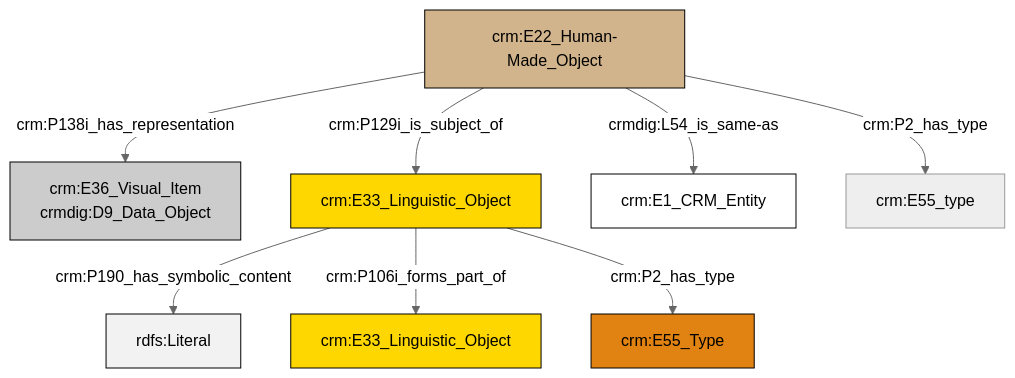
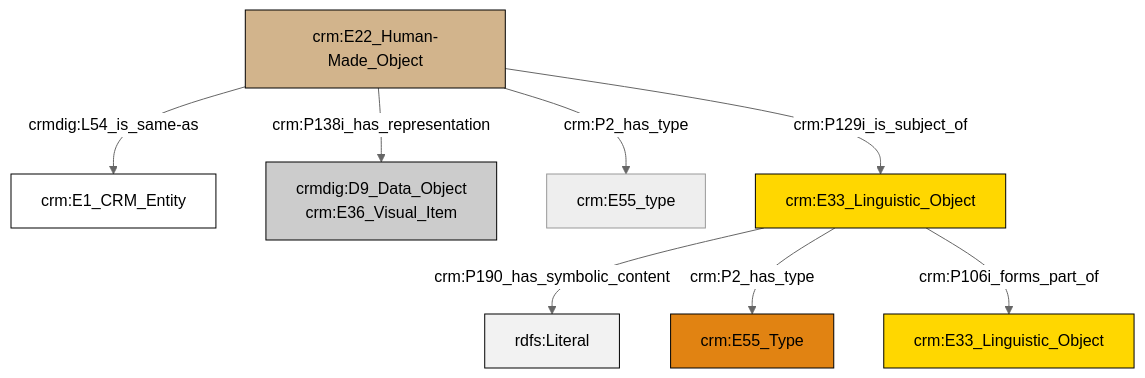
The diagram in et/artworkCSV/ttl/mmd/Artwork_Documentation.ttl.mmd (swiss-art-research-net/docs.swissartresearch), drawn with Mermaid (neutral theme) before and after one commit. The commit also changed 177 other files, not shown here.

```diff
--- a/et/artworkCSV/ttl/mmd/Artwork_Documentation.ttl.mmd
+++ b/et/artworkCSV/ttl/mmd/Artwork_Documentation.ttl.mmd
@@ -1,22 +1,22 @@
 graph TD
 classDef Literal fill:#f2f2f2,stroke:#000000;
 classDef CRM_Entity fill:#FFFFFF,stroke:#000000;
 classDef Temporal_Entity fill:#00C9E6, stroke:#000000;
 classDef Type fill:#E18312, stroke:#000000;
 classDef Time-Span fill:#2C9C91, stroke:#000000;
 classDef Appellation fill:#FFEB7F, stroke:#000000;
 classDef Place fill:#008836, stroke:#000000;
 classDef Persistent_Item fill:#B266B2, stroke:#000000;
 classDef Conceptual_Object fill:#FFD700, stroke:#000000;
 classDef Physical_Thing fill:#D2B48C, stroke:#000000;
 classDef Actor fill:#f58aad, stroke:#000000;
 classDef PC_Classes fill:#4ce600, stroke:#000000;
 classDef Multi fill:#cccccc,stroke:#000000;
 
-0["crm:E22_Human-Made_Object"]:::Physical_Thing -->|crm:P129i_is_subject_of| 4["crm:E33_Linguistic_Object"]:::Conceptual_Object
-0["crm:E22_Human-Made_Object"]:::Physical_Thing -->|crm:P138i_has_representation| 2["crm:E36_Visual_Item<br>crmdig:D9_Data_Object"]:::Multi
-4["crm:E33_Linguistic_Object"]:::Conceptual_Object -->|crm:P190_has_symbolic_content| 7[rdfs:Literal]:::Literal
-0["crm:E22_Human-Made_Object"]:::Physical_Thing -->|crmdig:L54_is_same-as| 5["crm:E1_CRM_Entity"]:::CRM_Entity
-0["crm:E22_Human-Made_Object"]:::Physical_Thing -->|crm:P2_has_type| 12["crm:E55_type"]:::Default
-4["crm:E33_Linguistic_Object"]:::Conceptual_Object -->|crm:P106i_forms_part_of| 13["crm:E33_Linguistic_Object"]:::Conceptual_Object
-4["crm:E33_Linguistic_Object"]:::Conceptual_Object -->|crm:P2_has_type| 9["crm:E55_Type"]:::Type
+0["crm:E22_Human-Made_Object"]:::Physical_Thing -->|crmdig:L54_is_same-as| 2["crm:E1_CRM_Entity"]:::CRM_Entity
+0["crm:E22_Human-Made_Object"]:::Physical_Thing -->|crm:P2_has_type| 5["crm:E55_type"]:::Default
+6["crm:E33_Linguistic_Object"]:::Conceptual_Object -->|crm:P190_has_symbolic_content| 7[rdfs:Literal]:::Literal
+0["crm:E22_Human-Made_Object"]:::Physical_Thing -->|crm:P129i_is_subject_of| 6["crm:E33_Linguistic_Object"]:::Conceptual_Object
+6["crm:E33_Linguistic_Object"]:::Conceptual_Object -->|crm:P2_has_type| 8["crm:E55_Type"]:::Type
+6["crm:E33_Linguistic_Object"]:::Conceptual_Object -->|crm:P106i_forms_part_of| 12["crm:E33_Linguistic_Object"]:::Conceptual_Object
+0["crm:E22_Human-Made_Object"]:::Physical_Thing -->|crm:P138i_has_representation| 3["crmdig:D9_Data_Object<br>crm:E36_Visual_Item"]:::Multi
```
